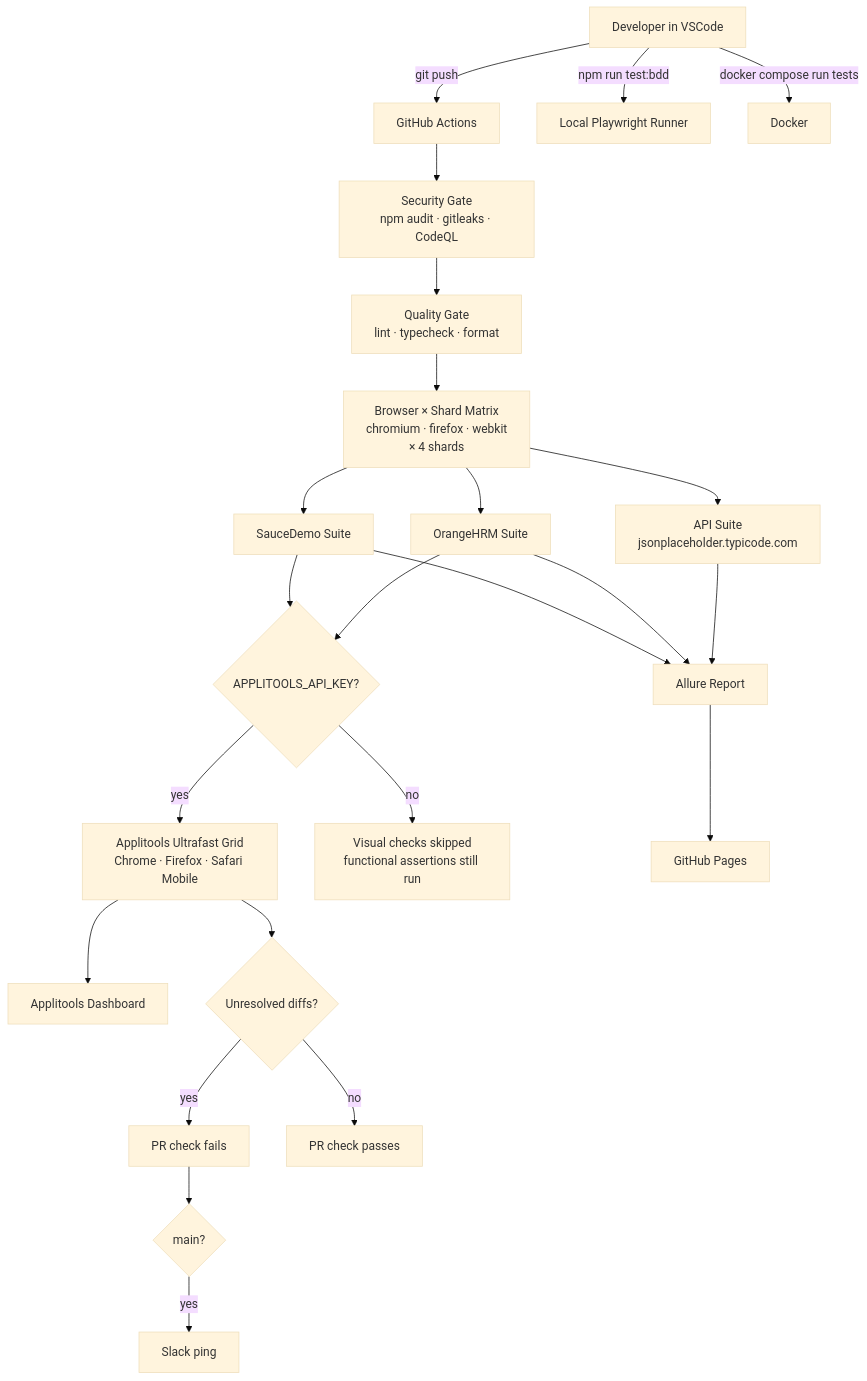
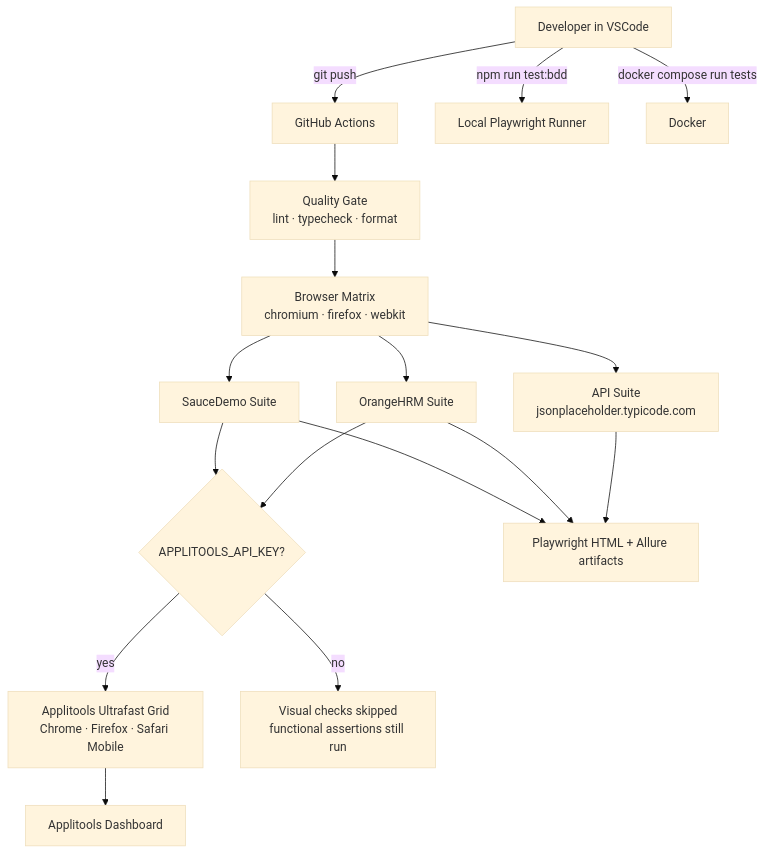
Before and after one commit to rashmieravichandran06121989/qa-ai-automation-framework: the first of 2 diagrams in README.md, drawn with Mermaid (base theme). The commit also changed other lines of this file and 27 other files, not shown here.

Commit message:
simplify: strip Zod, security gate, sharding, gh-pages, husky, server

````diff
--- a/README.md
+++ b/README.md
@@ -31,32 +30,24 @@
 ```mermaid
 flowchart TD
     Dev[Developer in VSCode] -->|git push| GH[GitHub Actions]
     Dev -->|npm run test:bdd| Local[Local Playwright Runner]
     Dev -->|docker compose run tests| Docker[Docker]
 
-    GH --> Security[Security Gate<br/>npm audit · gitleaks · CodeQL]
-    Security --> Quality[Quality Gate<br/>lint · typecheck · format]
-    Quality --> Matrix[Browser × Shard Matrix<br/>chromium · firefox · webkit<br/>× 4 shards]
+    GH --> Quality[Quality Gate<br/>lint · typecheck · format]
+    Quality --> Matrix[Browser Matrix<br/>chromium · firefox · webkit]
 
     Matrix --> Sauce[SauceDemo Suite]
     Matrix --> Orange[OrangeHRM Suite]
     Matrix --> API[API Suite<br/>jsonplaceholder.typicode.com]
 
     Sauce --> Eyes{APPLITOOLS_API_KEY?}
     Orange --> Eyes
     Eyes -->|yes| Grid[Applitools Ultrafast Grid<br/>Chrome · Firefox · Safari Mobile]
     Eyes -->|no| Skip[Visual checks skipped<br/>functional assertions still run]
 
-    Sauce --> Allure[Allure Report]
-    Orange --> Allure
-    API --> Allure
-    Allure --> Pages[GitHub Pages]
+    Sauce --> Report[Playwright HTML + Allure artifacts]
+    Orange --> Report
+    API --> Report
 
     Grid --> Dashboard[Applitools Dashboard]
-    Grid --> Gate{Unresolved diffs?}
-    Gate -->|yes| Fail[PR check fails]
-    Gate -->|no| Pass[PR check passes]
-
-    Fail --> Notify{main?}
-    Notify -->|yes| Slack[Slack ping]
 ```
````
